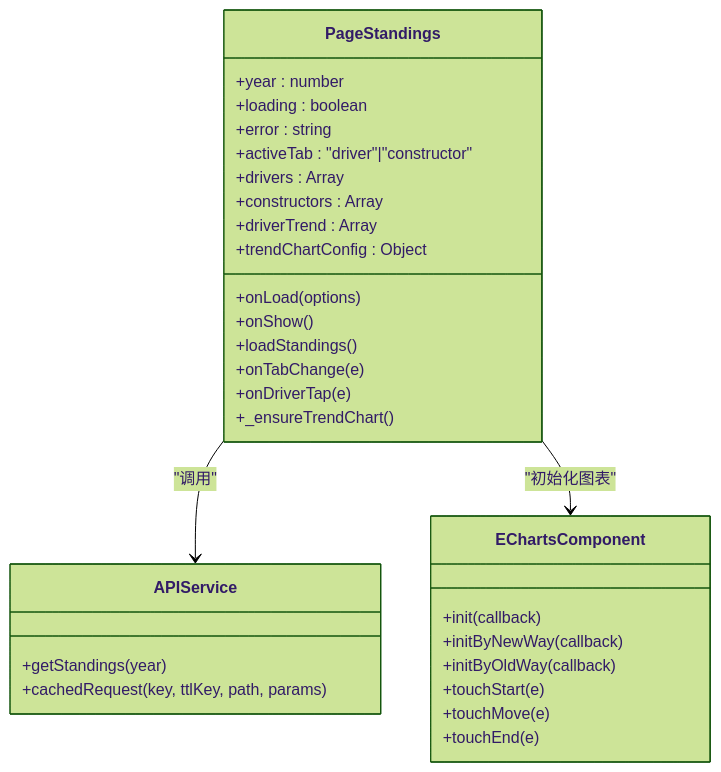
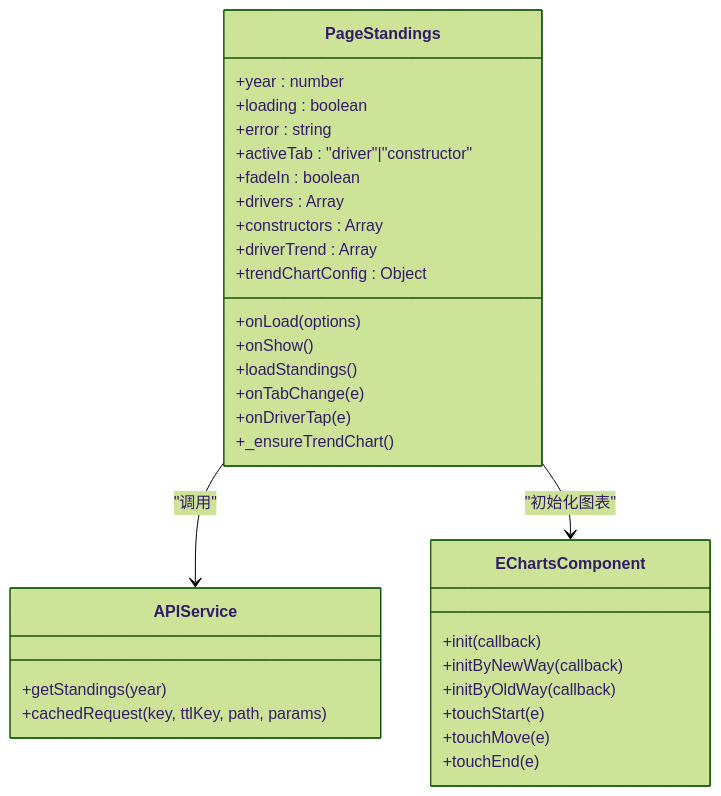
The seventh of 10 diagrams in .qoder/repowiki/zh/content/微信小程序前端/核心页面功能/积分榜页面.md (jianai0330/Fast-F1), drawn with Mermaid (forest theme) before and after one commit. The commit also changed other lines of this file and 22 other files, not shown here.

````diff
--- a/.qoder/repowiki/zh/content/微信小程序前端/核心页面功能/积分榜页面.md
+++ b/.qoder/repowiki/zh/content/微信小程序前端/核心页面功能/积分榜页面.md
@@ -272,33 +315,34 @@
 ```mermaid
 classDiagram
 class PageStandings {
 +year : number
 +loading : boolean
 +error : string
 +activeTab : "driver"|"constructor"
++fadeIn : boolean
 +drivers : Array
 +constructors : Array
 +driverTrend : Array
 +trendChartConfig : Object
 +onLoad(options)
 +onShow()
 +loadStandings()
 +onTabChange(e)
 +onDriverTap(e)
 +_ensureTrendChart()
 }
 class EChartsComponent {
 +init(callback)
 +initByNewWay(callback)
 +initByOldWay(callback)
 +touchStart(e)
 +touchMove(e)
 +touchEnd(e)
 }
 class APIService {
 +getStandings(year)
 +cachedRequest(key, ttlKey, path, params)
 }
 PageStandings --> APIService : "调用"
 PageStandings --> EChartsComponent : "初始化图表"
 ```
````
